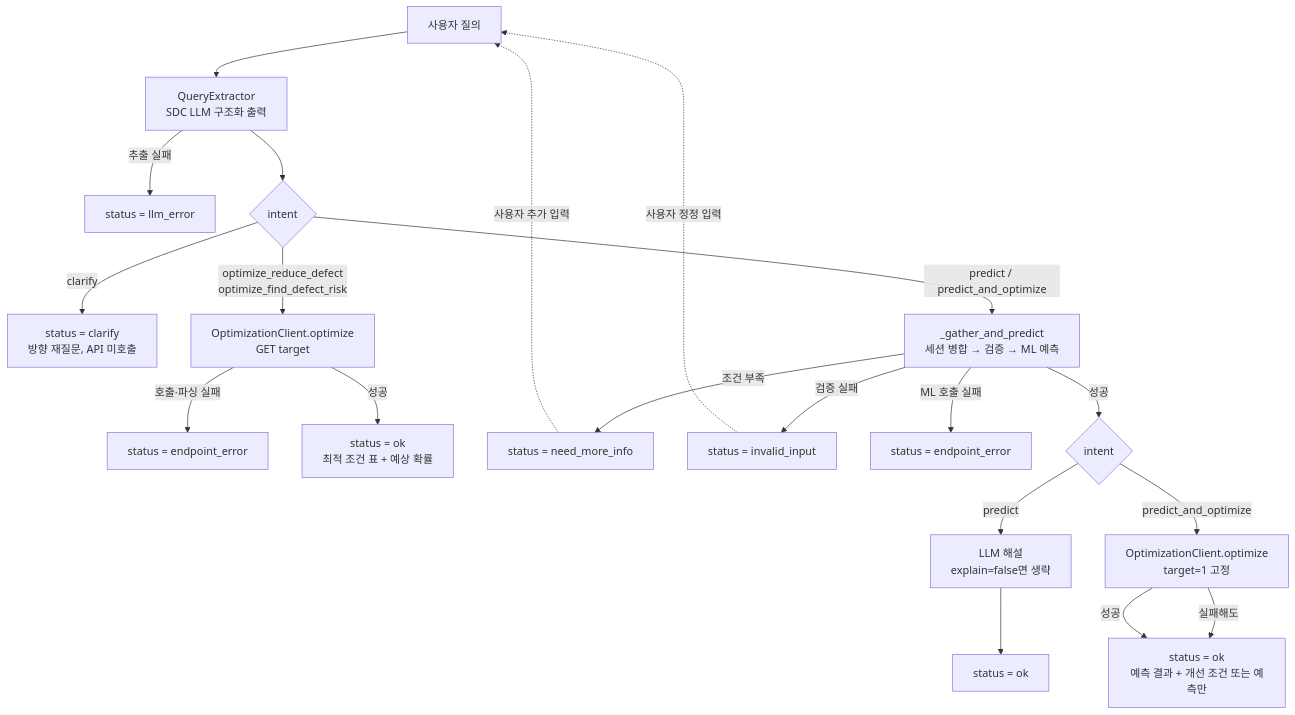
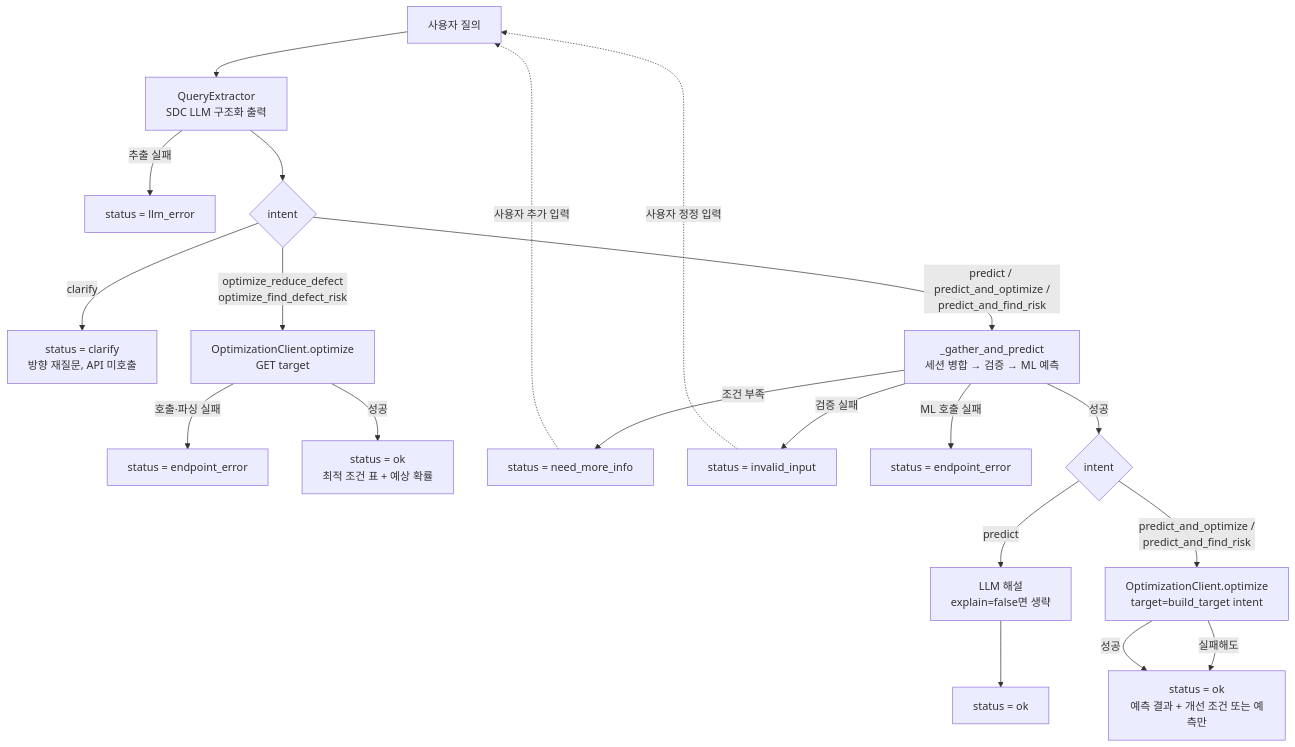
Before and after one commit to jiyunwoo02/2026_SIEMENS: the diagram in AIHUB-v2/docs/architecture.md, drawn with Mermaid. The commit also changed other lines of this file and 18 other files, not shown here.

Commit message:
261030 Process: add intent(predict_and_find_risk) & edit UI/msg

````diff
--- a/AIHUB-v2/docs/architecture.md
+++ b/AIHUB-v2/docs/architecture.md
@@ -70,21 +73,21 @@
 ```mermaid
 flowchart TD
     A[사용자 질의] --> B[QueryExtractor<br/>SDC LLM 구조화 출력]
     B -->|추출 실패| L[status = llm_error]
     B --> I{intent}
     I -->|clarify| CL[status = clarify<br/>방향 재질문, API 미호출]
     I -->|optimize_reduce_defect<br/>optimize_find_defect_risk| OPT[OptimizationClient.optimize<br/>GET target]
     OPT -->|호출·파싱 실패| OE[status = endpoint_error]
     OPT -->|성공| OK1[status = ok<br/>최적 조건 표 + 예상 확률]
-    I -->|predict / predict_and_optimize| G[_gather_and_predict<br/>세션 병합 → 검증 → ML 예측]
+    I -->|predict / predict_and_optimize /<br/>predict_and_find_risk| G[_gather_and_predict<br/>세션 병합 → 검증 → ML 예측]
     G -->|조건 부족| D[status = need_more_info]
     G -->|검증 실패| E[status = invalid_input]
     G -->|ML 호출 실패| X[status = endpoint_error]
     G -->|성공| P{intent}
     P -->|predict| EXP[LLM 해설<br/>explain=false면 생략] --> OK2[status = ok]
-    P -->|predict_and_optimize| OPT2[OptimizationClient.optimize<br/>target=1 고정]
+    P -->|predict_and_optimize /<br/>predict_and_find_risk| OPT2[OptimizationClient.optimize<br/>target=build_target intent]
     OPT2 -->|실패해도| OK3[status = ok<br/>예측 결과 + 개선 조건 또는 예측만]
     OPT2 -->|성공| OK3
     D -.사용자 추가 입력.-> A
     E -.사용자 정정 입력.-> A
 ```
````
